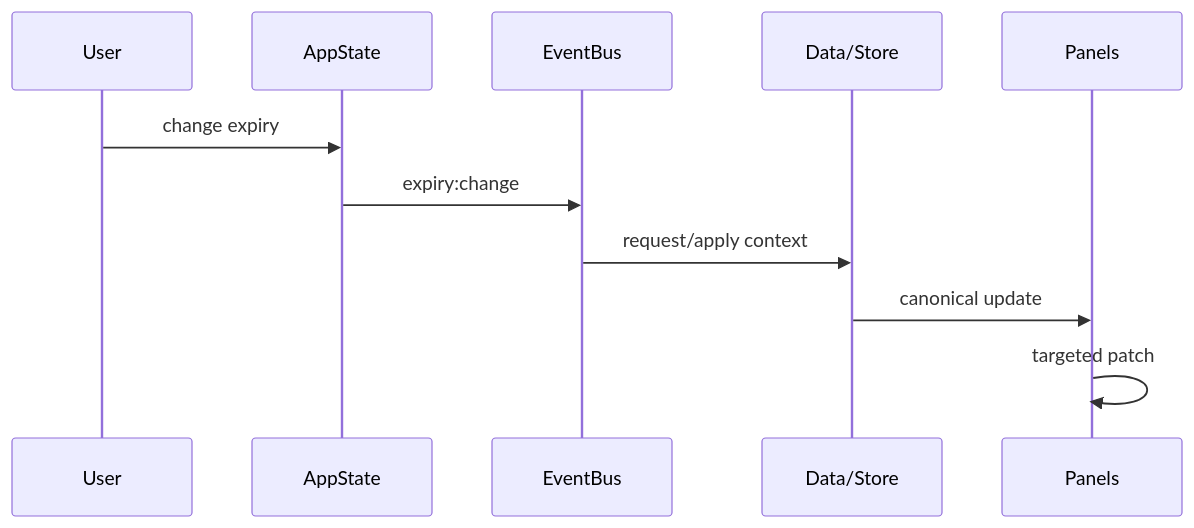
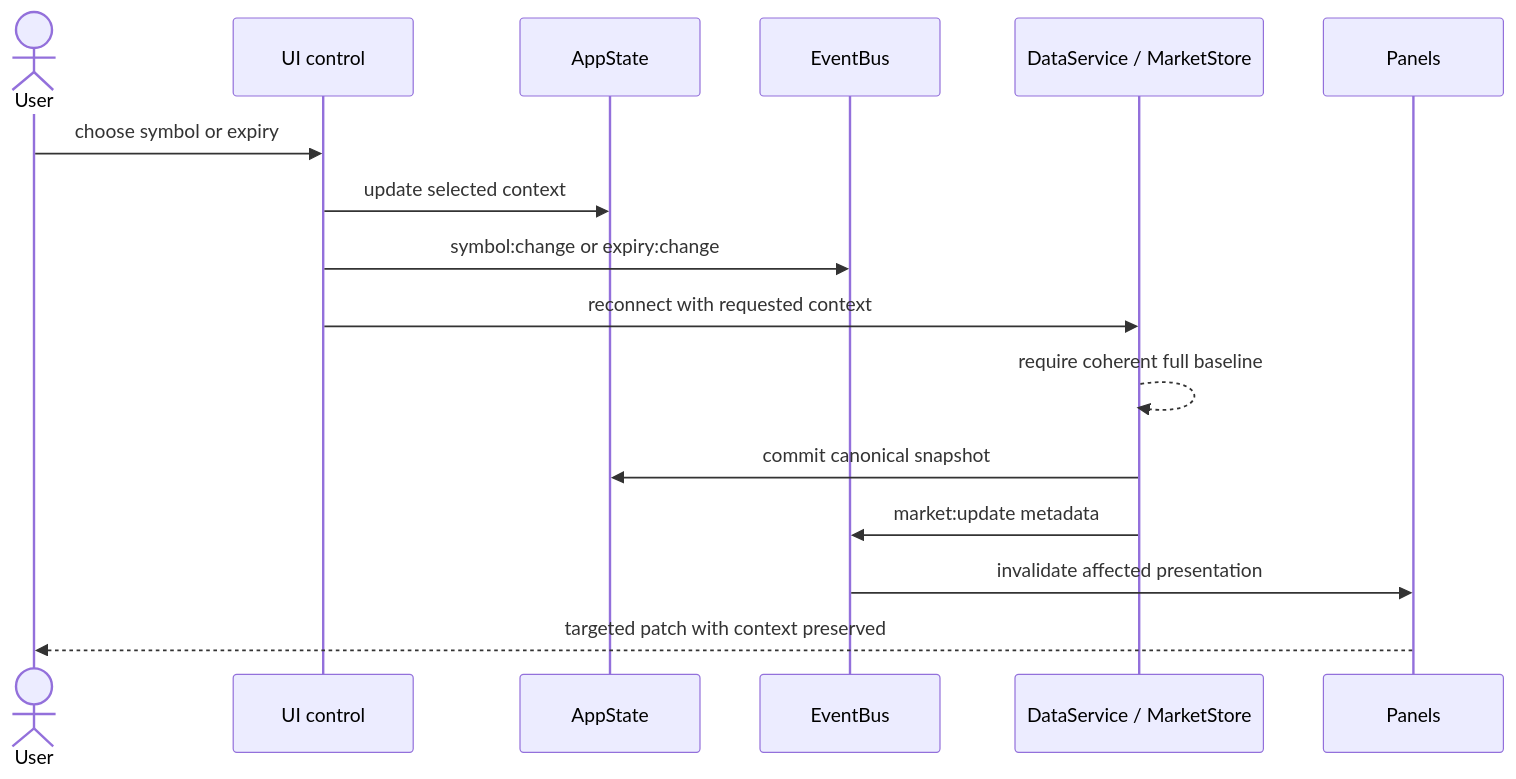
One commit to adarahman/mTerminals changed the diagram in docs/06_Diagrams/Event_Flow.md. Above: the diagram before and after it, drawn with Mermaid. The commit also changed other lines of this file and 12 other files, not shown here.

Commit message:
Complete architecture diagrams

````diff
--- a/docs/06_Diagrams/Event_Flow.md
+++ b/docs/06_Diagrams/Event_Flow.md
@@ -10,13 +6,18 @@
 ```mermaid
 sequenceDiagram
-  participant U as User
-  participant A as AppState
-  participant E as EventBus
-  participant S as Data/Store
-  participant P as Panels
-  U->>A: change expiry
-  A->>E: expiry:change
-  E->>S: request/apply context
-  S->>P: canonical update
-  P->>P: targeted patch
+  actor User
+  participant UI as UI control
+  participant State as AppState
+  participant Bus as EventBus
+  participant Data as DataService / MarketStore
+  participant View as Panels
+  User->>UI: choose symbol or expiry
+  UI->>State: update selected context
+  UI->>Bus: symbol:change or expiry:change
+  UI->>Data: reconnect with requested context
+  Data-->>Data: require coherent full baseline
+  Data->>State: commit canonical snapshot
+  Data->>Bus: market:update metadata
+  Bus->>View: invalidate affected presentation
+  View-->>User: targeted patch with context preserved
 ```
````
